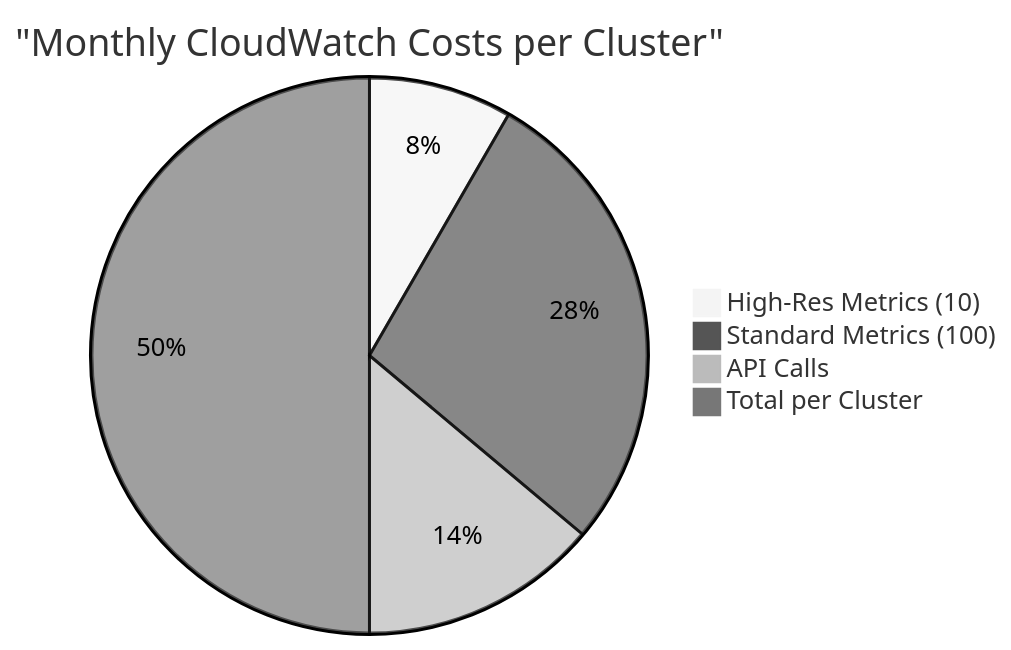
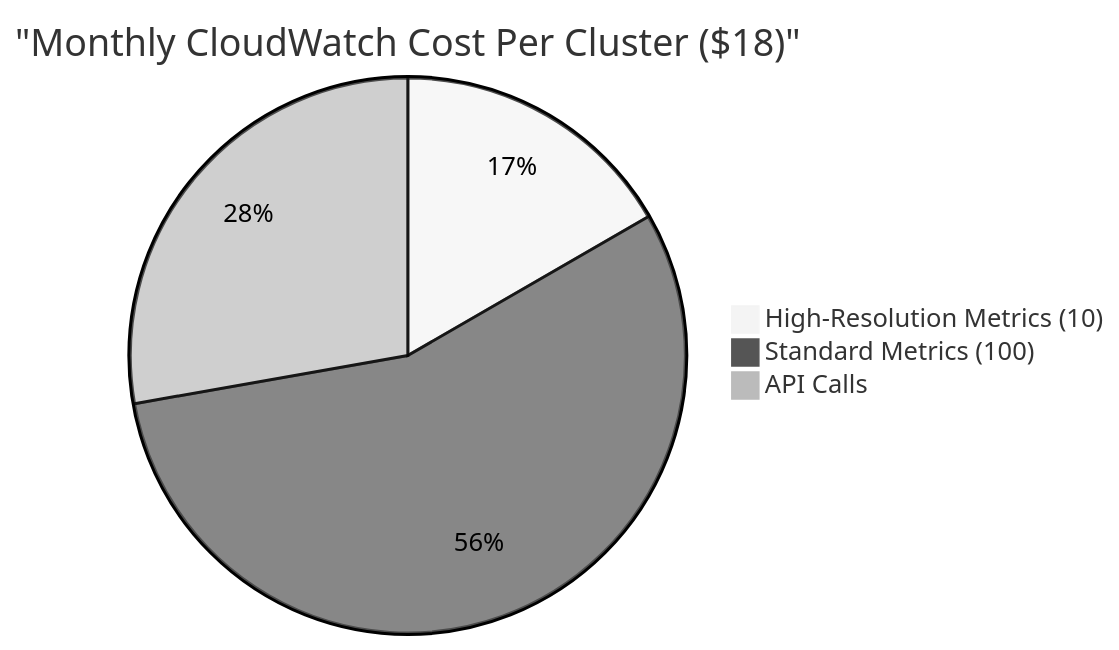
Before and after one commit to devfloor9/engineering-playbook: the eighth of 33 diagrams in i18n/en/docusaurus-plugin-content-docs/current/infrastructure-optimization/karpenter-autoscaling.md, drawn with Mermaid (neutral theme). The commit also changed other lines of this file and 43 other files, not shown here.

````diff
--- a/i18n/en/docusaurus-plugin-content-docs/current/infrastructure-optimization/karpenter-autoscaling.md
+++ b/i18n/en/docusaurus-plugin-content-docs/current/infrastructure-optimization/karpenter-autoscaling.md
@@ -248,8 +492,7 @@
 ```mermaid
-pie title "Monthly CloudWatch Costs per Cluster"
-    "High-Res Metrics (10)" : 3
+pie title "Monthly CloudWatch Cost Per Cluster ($18)"
+    "High-Resolution Metrics (10)" : 3
     "Standard Metrics (100)" : 10
     "API Calls" : 5
-    "Total per Cluster" : 18
 
 ```
````
